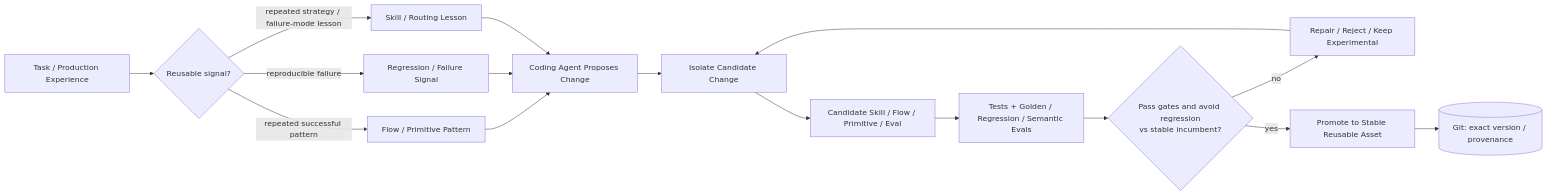
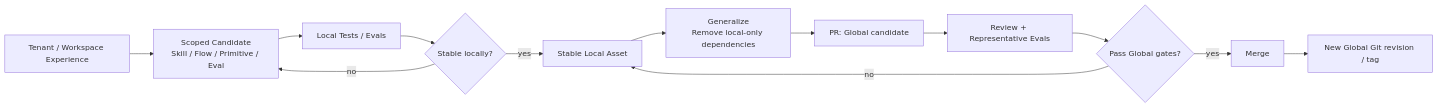
The fourth of 7 diagrams in docs/architecture/README.md (n0namer/skills-for-decision-making), drawn with Mermaid before and after one commit. The commit also changed other lines of this file and 8 other files, not shown here.

First line of the commit message:
Add minimal multi-instance shared capability architecture

````diff
--- a/docs/architecture/README.md
+++ b/docs/architecture/README.md
@@ -116,22 +144,16 @@
 ```mermaid
 flowchart LR
-    EXPERIENCE["Task / Production Experience"] --> KIND{"Reusable signal?"}
+    EXPERIENCE["Tenant / Workspace Experience"] --> LOCAL["Scoped Candidate\nSkill / Flow / Primitive / Eval"]
+    LOCAL --> TEST["Local Tests / Evals"]
+    TEST --> LOCALOK{"Stable locally?"}
+    LOCALOK -->|"no"| LOCAL
+    LOCALOK -->|"yes"| LSTABLE["Stable Local Asset"]
 
-    KIND -->|"repeated successful pattern"| PATTERN["Flow / Primitive Pattern"]
-    KIND -->|"reproducible failure"| FAILURE["Regression / Failure Signal"]
-    KIND -->|"repeated strategy / failure-mode lesson"| LESSON["Skill / Routing Lesson"]
-
-    PATTERN --> AGENT["Coding Agent Proposes Change"]
-    FAILURE --> AGENT
-    LESSON --> AGENT
-
-    AGENT --> ISOLATE["Isolate Candidate Change"]
-    ISOLATE --> CAND["Candidate Skill / Flow / Primitive / Eval"]
-    CAND --> TEST["Tests + Golden / Regression / Semantic Evals"]
-
-    TEST --> INC{"Pass gates and avoid regression\nvs stable incumbent?"}
-    INC -->|"no"| REPAIR["Repair / Reject / Keep Experimental"]
-    REPAIR --> ISOLATE
-    INC -->|"yes"| STABLE["Promote to Stable Reusable Asset"]
-    STABLE --> GIT[("Git: exact version / provenance")]
+    LSTABLE --> GENERAL["Generalize\nRemove local-only dependencies"]
+    GENERAL --> PR["PR: Global candidate"]
+    PR --> GEVAL["Review + Representative Evals"]
+    GEVAL --> GLOBALOK{"Pass Global gates?"}
+    GLOBALOK -->|"no"| LSTABLE
+    GLOBALOK -->|"yes"| MERGE["Merge"]
+    MERGE --> GSTABLE["New Global Git revision / tag"]
 ```
````
